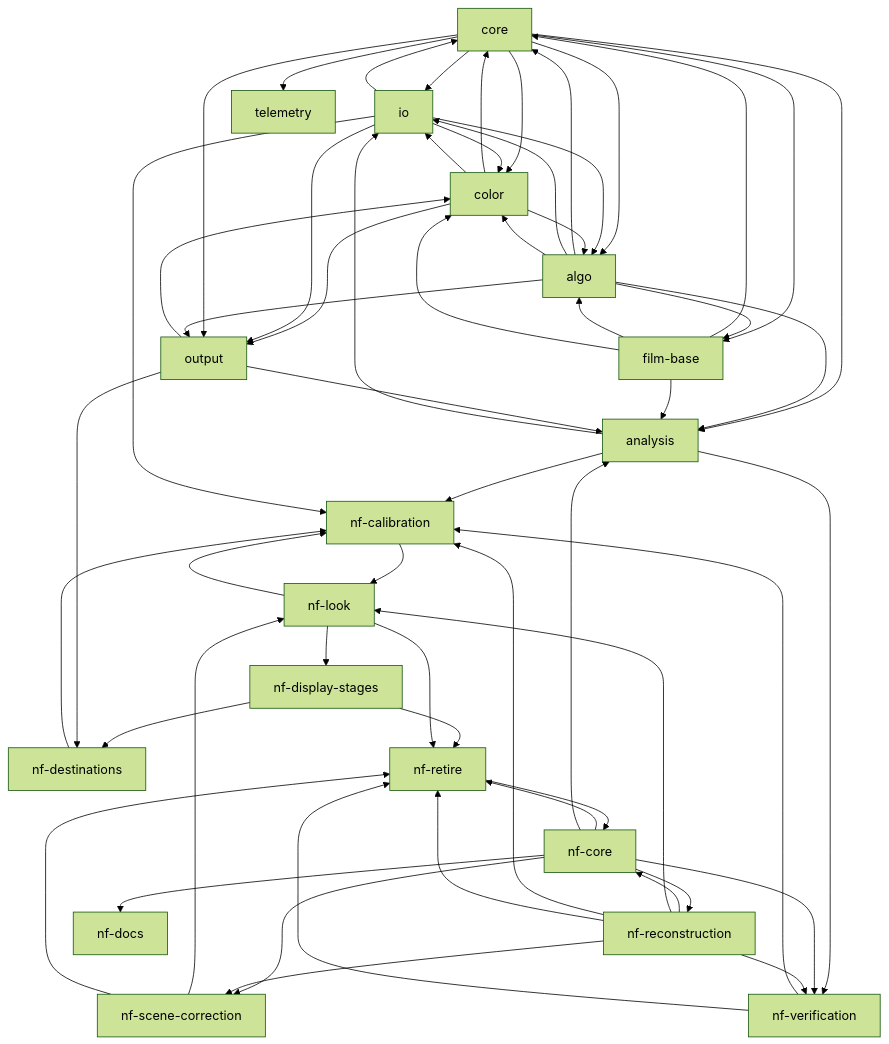
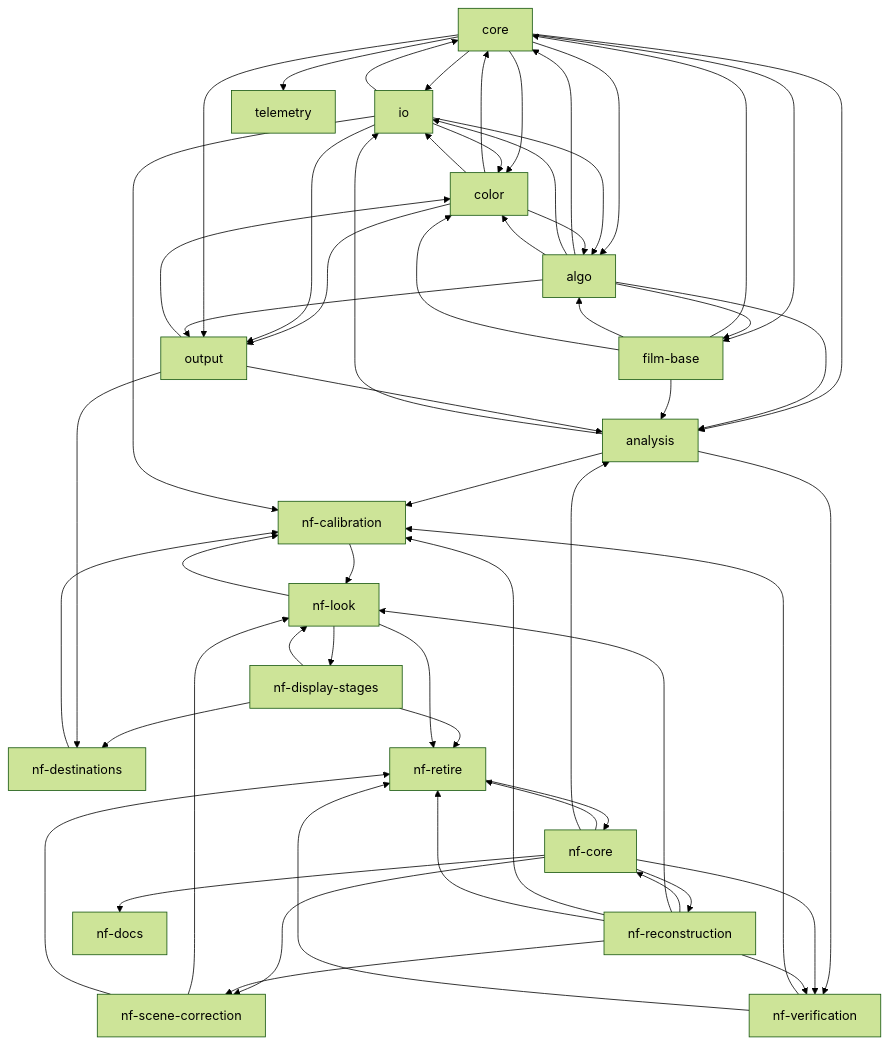
Before and after one commit to lix42/hanten: the first of 2 diagrams in docs/TASKS.md, drawn with Mermaid (forest theme). The commit also changed other lines of this file and 9 other files, not shown here.

````diff
--- a/docs/TASKS.md
+++ b/docs/TASKS.md
@@ -99,77 +99,78 @@
 ```mermaid
 graph TD
   core
   io
   film-base
   algo
   color
   output
   telemetry
   analysis
   nf-core
   nf-reconstruction
   nf-scene-correction
   nf-look
   nf-display-stages
   nf-destinations
   nf-calibration
   nf-verification
   nf-retire
   nf-docs
   core --> io
   core --> color
   core --> film-base
   core --> algo
   io --> core
   color --> core
   film-base --> core
   algo --> core
   analysis --> io
   core --> analysis
   core --> telemetry
   algo --> analysis
   film-base --> analysis
   algo --> film-base
   io --> color
   io --> algo
   film-base --> algo
   color --> algo
   algo --> io
   algo --> color
   film-base --> color
   color --> output
   color --> io
   output --> color
   io --> output
   core --> output
   algo --> output
   output --> analysis
   nf-reconstruction --> nf-core
   nf-retire --> nf-core
   nf-core --> nf-reconstruction
   nf-core --> nf-scene-correction
   nf-reconstruction --> nf-scene-correction
   nf-scene-correction --> nf-look
   nf-reconstruction --> nf-look
   nf-look --> nf-display-stages
+  nf-display-stages --> nf-look
   nf-display-stages --> nf-destinations
   output --> nf-destinations
   nf-destinations --> nf-calibration
   nf-verification --> nf-calibration
   analysis --> nf-calibration
   io --> nf-calibration
   nf-look --> nf-calibration
   nf-reconstruction --> nf-calibration
   nf-calibration --> nf-look
   analysis --> nf-verification
   nf-core --> nf-verification
   nf-reconstruction --> nf-verification
   nf-core --> nf-retire
   nf-verification --> nf-retire
   nf-display-stages --> nf-retire
   nf-reconstruction --> nf-retire
   nf-look --> nf-retire
   nf-scene-correction --> nf-retire
   nf-core --> nf-docs
   nf-core --> analysis
 ```
````
